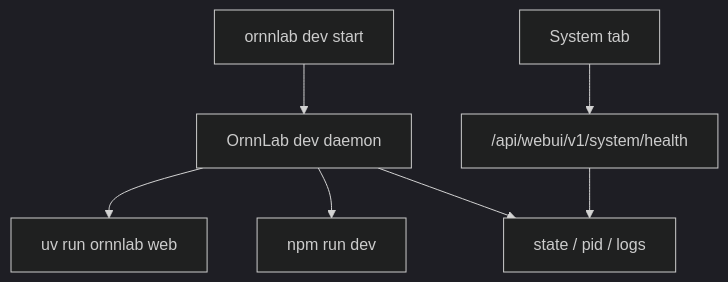
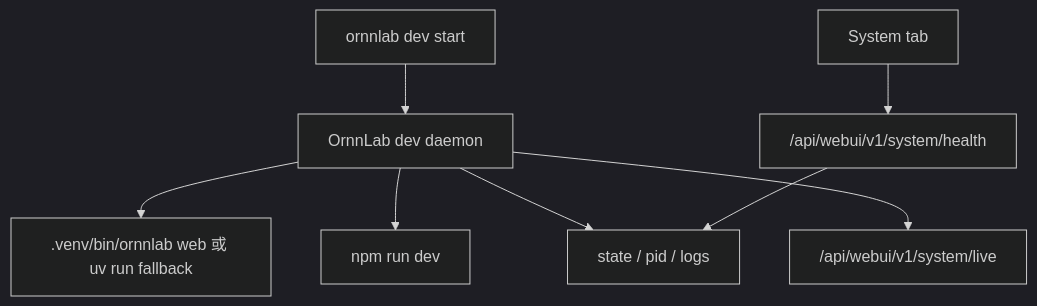
Before and after one commit to ceasarXuu/HarnessLab: the diagram in docs/releases/v1.0.5/dev-daemon/README.md, drawn with Mermaid (dark theme). The commit also changed other lines of this file and 20 other files, not shown here.

````diff
--- a/docs/releases/v1.0.5/dev-daemon/README.md
+++ b/docs/releases/v1.0.5/dev-daemon/README.md
@@ -80,9 +80,10 @@
 ```mermaid
 flowchart TD
   CLI["ornnlab dev start"] --> Daemon["OrnnLab dev daemon"]
-  Daemon --> Backend["uv run ornnlab web"]
+  Daemon --> Backend[".venv/bin/ornnlab web 或 uv run fallback"]
   Daemon --> Frontend["npm run dev"]
   Daemon --> State["state / pid / logs"]
   WebUI["System tab"] --> API["/api/webui/v1/system/health"]
+  Daemon --> Live["/api/webui/v1/system/live"]
   API --> State
 ```
````
